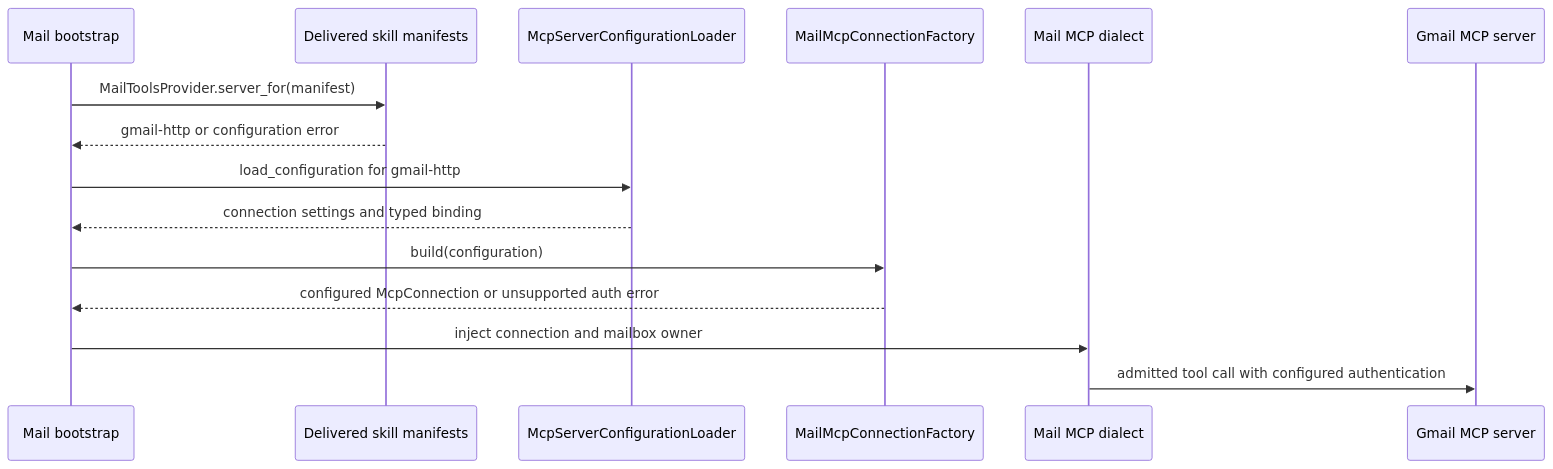
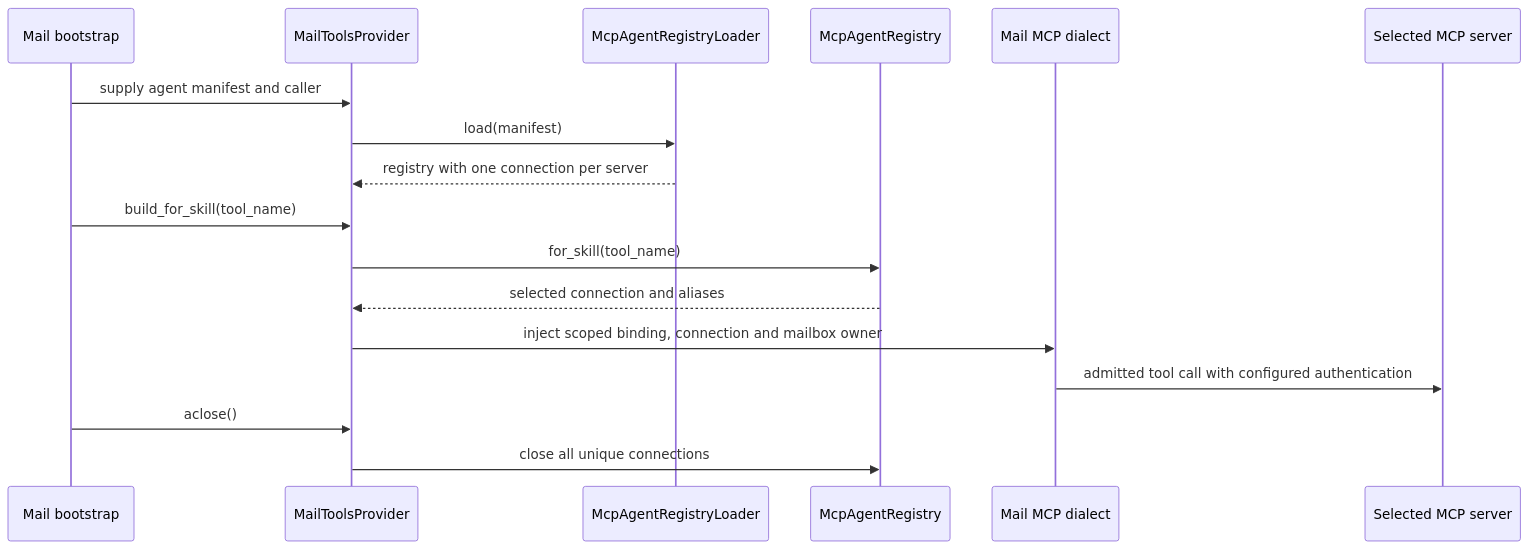
One commit to ygo74/ai_agents changed the third of 4 diagrams in doc/contributors/mail-agent.md. Above: the diagram before and after it, drawn with Mermaid. The commit also changed other lines of this file and 110 other files, not shown here.

First line of the commit message:
feat(agents): configure HTTP hosts from manifests (#34) (#11)

````diff
--- a/doc/contributors/mail-agent.md
+++ b/doc/contributors/mail-agent.md
@@ -120,17 +124,19 @@
 ```mermaid
 sequenceDiagram
     participant Bootstrap as Mail bootstrap
-    participant Manifest as Delivered skill manifests
-    participant Runtime as McpServerConfigurationLoader
-    participant Connection as MailMcpConnectionFactory
+    participant Provider as MailToolsProvider
+    participant Loader as McpAgentRegistryLoader
+    participant Registry as McpAgentRegistry
     participant Dialect as Mail MCP dialect
-    participant Server as Gmail MCP server
-    Bootstrap->>Manifest: MailToolsProvider.server_for(manifest)
-    Manifest-->>Bootstrap: gmail-http or configuration error
-    Bootstrap->>Runtime: load_configuration for gmail-http
-    Runtime-->>Bootstrap: connection settings and typed binding
-    Bootstrap->>Connection: build(configuration)
-    Connection-->>Bootstrap: configured McpConnection or unsupported auth error
-    Bootstrap->>Dialect: inject connection and mailbox owner
+    participant Server as Selected MCP server
+    Bootstrap->>Provider: supply agent manifest and caller
+    Provider->>Loader: load(manifest)
+    Loader-->>Provider: registry with one connection per server
+    Bootstrap->>Provider: build_for_skill(tool_name)
+    Provider->>Registry: for_skill(tool_name)
+    Registry-->>Provider: selected connection and aliases
+    Provider->>Dialect: inject scoped binding, connection and mailbox owner
     Dialect->>Server: admitted tool call with configured authentication
+    Bootstrap->>Provider: aclose()
+    Provider->>Registry: close all unique connections
 ```
````
